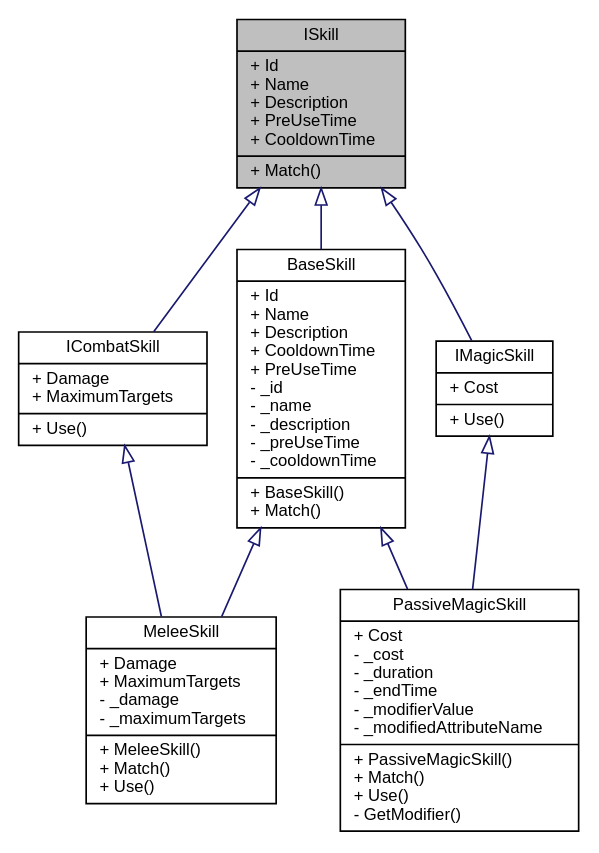
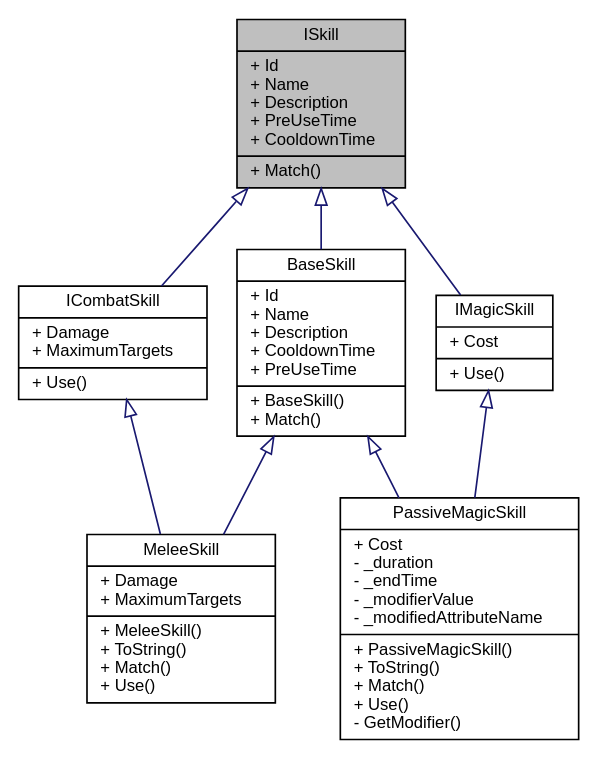
Before and after one commit to PaulSchweizer/ActionRpgKit: the diagram in d0/d8c/interface_action_rpg_kit_1_1_character_1_1_skill_1_1_i_skill__inherit__graph.dot, drawn with Graphviz. The commit also changed 376 other files, not shown here.

```diff
--- a/d0/d8c/interface_action_rpg_kit_1_1_character_1_1_skill_1_1_i_skill__inherit__graph.dot
+++ b/d0/d8c/interface_action_rpg_kit_1_1_character_1_1_skill_1_1_i_skill__inherit__graph.dot
@@ -1,19 +1,19 @@
 digraph "ISkill"
 {
  // INTERACTIVE_SVG=YES
   edge [fontname="Helvetica",fontsize="10",labelfontname="Helvetica",labelfontsize="10"];
   node [fontname="Helvetica",fontsize="10",shape=record];
   Node1 [label="{ISkill\n|+ Id\l+ Name\l+ Description\l+ PreUseTime\l+ CooldownTime\l|+ Match()\l}",height=0.2,width=0.4,color="black", fillcolor="grey75", style="filled" fontcolor="black"];
   Node1 -> Node2 [dir="back",color="midnightblue",fontsize="10",style="solid",arrowtail="onormal",fontname="Helvetica"];
-  Node2 [label="{BaseSkill\n|+ Id\l+ Name\l+ Description\l+ CooldownTime\l+ PreUseTime\l- _id\l- _name\l- _description\l- _preUseTime\l- _cooldownTime\l|+ BaseSkill()\l+ Match()\l}",height=0.2,width=0.4,color="black", fillcolor="white", style="filled",URL="$dc/db7/class_action_rpg_kit_1_1_character_1_1_skill_1_1_base_skill.xhtml",tooltip="A basic Skill implementation."];
+  Node2 [label="{BaseSkill\n|+ Id\l+ Name\l+ Description\l+ CooldownTime\l+ PreUseTime\l|+ BaseSkill()\l+ Match()\l}",height=0.2,width=0.4,color="black", fillcolor="white", style="filled",URL="$dc/db7/class_action_rpg_kit_1_1_character_1_1_skill_1_1_base_skill.xhtml",tooltip="A basic Skill implementation."];
   Node2 -> Node3 [dir="back",color="midnightblue",fontsize="10",style="solid",arrowtail="onormal",fontname="Helvetica"];
-  Node3 [label="{MeleeSkill\n|+ Damage\l+ MaximumTargets\l- _damage\l- _maximumTargets\l|+ MeleeSkill()\l+ Match()\l+ Use()\l}",height=0.2,width=0.4,color="black", fillcolor="white", style="filled",URL="$d4/d60/class_action_rpg_kit_1_1_character_1_1_skill_1_1_melee_skill.xhtml",tooltip="Allows to attack with a melee weapon."];
+  Node3 [label="{MeleeSkill\n|+ Damage\l+ MaximumTargets\l|+ MeleeSkill()\l+ ToString()\l+ Match()\l+ Use()\l}",height=0.2,width=0.4,color="black", fillcolor="white", style="filled",URL="$d4/d60/class_action_rpg_kit_1_1_character_1_1_skill_1_1_melee_skill.xhtml",tooltip="Allows to attack with a melee weapon."];
   Node2 -> Node4 [dir="back",color="midnightblue",fontsize="10",style="solid",arrowtail="onormal",fontname="Helvetica"];
-  Node4 [label="{PassiveMagicSkill\n|+ Cost\l- _cost\l- _duration\l- _endTime\l- _modifierValue\l- _modifiedAttributeName\l|+ PassiveMagicSkill()\l+ Match()\l+ Use()\l- GetModifier()\l}",height=0.2,width=0.4,color="black", fillcolor="white", style="filled",URL="$dc/dac/class_action_rpg_kit_1_1_character_1_1_skill_1_1_passive_magic_skill.xhtml",tooltip="A passive MagicSkill adds buffs on the User itself."];
+  Node4 [label="{PassiveMagicSkill\n|+ Cost\l- _duration\l- _endTime\l- _modifierValue\l- _modifiedAttributeName\l|+ PassiveMagicSkill()\l+ ToString()\l+ Match()\l+ Use()\l- GetModifier()\l}",height=0.2,width=0.4,color="black", fillcolor="white", style="filled",URL="$dc/dac/class_action_rpg_kit_1_1_character_1_1_skill_1_1_passive_magic_skill.xhtml",tooltip="A passive MagicSkill adds buffs on the User itself."];
   Node1 -> Node5 [dir="back",color="midnightblue",fontsize="10",style="solid",arrowtail="onormal",fontname="Helvetica"];
   Node5 [label="{ICombatSkill\n|+ Damage\l+ MaximumTargets\l|+ Use()\l}",height=0.2,width=0.4,color="black", fillcolor="white", style="filled",URL="$d4/dbe/interface_action_rpg_kit_1_1_character_1_1_skill_1_1_i_combat_skill.xhtml",tooltip="A Skill to be used as an Attack in Combat."];
   Node5 -> Node3 [dir="back",color="midnightblue",fontsize="10",style="solid",arrowtail="onormal",fontname="Helvetica"];
   Node1 -> Node6 [dir="back",color="midnightblue",fontsize="10",style="solid",arrowtail="onormal",fontname="Helvetica"];
   Node6 [label="{IMagicSkill\n|+ Cost\l|+ Use()\l}",height=0.2,width=0.4,color="black", fillcolor="white", style="filled",URL="$d7/dd4/interface_action_rpg_kit_1_1_character_1_1_skill_1_1_i_magic_skill.xhtml",tooltip="A magic Skill costs magic energy on each use."];
   Node6 -> Node4 [dir="back",color="midnightblue",fontsize="10",style="solid",arrowtail="onormal",fontname="Helvetica"];
 }
```
